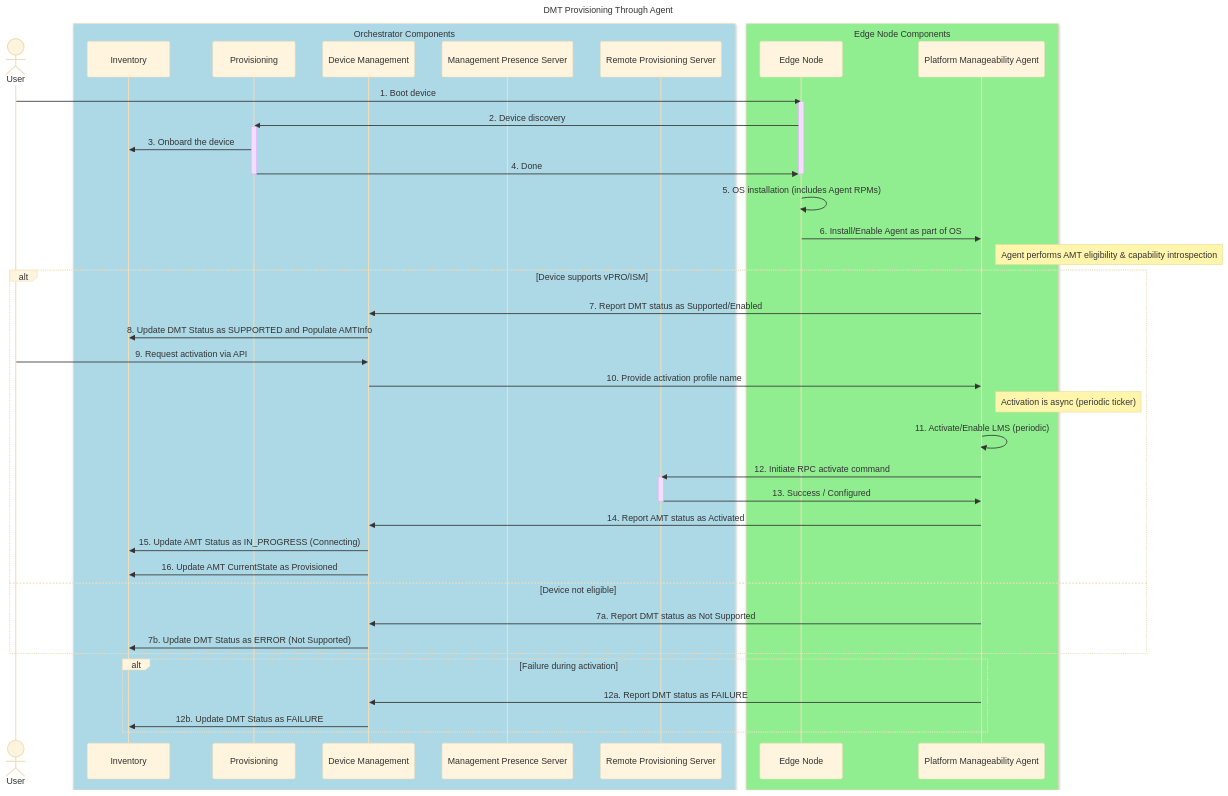
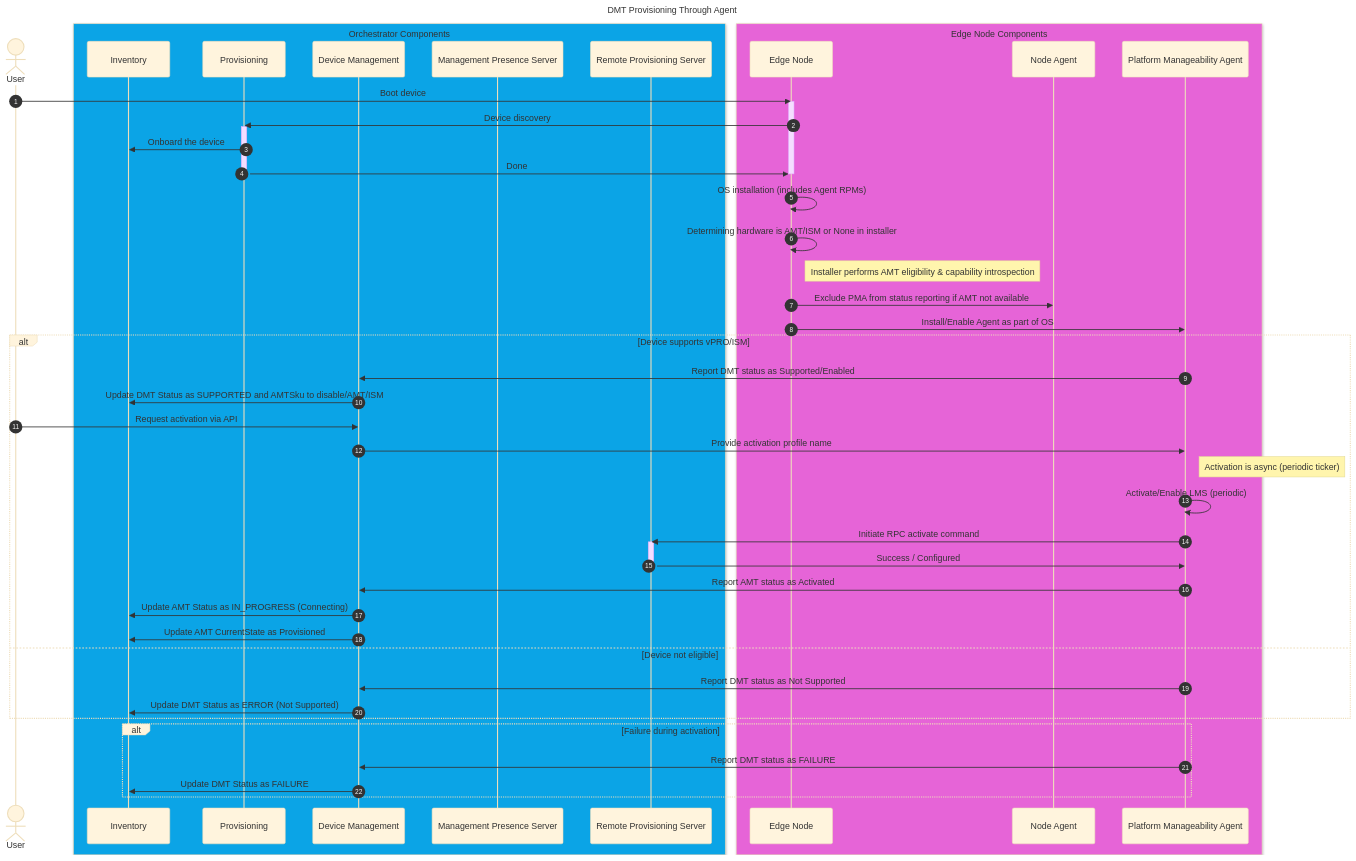
Before and after one commit to open-edge-platform/edge-manageability-framework: the diagram in design-proposals/vpro-device.md, drawn with Mermaid (base theme). The commit also changed other lines of this file, not shown here.

Commit message:
Vpro ADR update for PMA changes (#780)

````diff
--- a/design-proposals/vpro-device.md
+++ b/design-proposals/vpro-device.md
@@ -59,62 +59,67 @@
 ```mermaid
 sequenceDiagram
+    autonumber
     title DMT Provisioning Through Agent
 
     actor us as User
 
-    box rgb(173, 216, 230) Orchestrator Components
+    box rgba(11, 164, 230, 1) Orchestrator Components
         participant inv as Inventory
         participant ps as Provisioning
         participant dm as Device Management
         participant mps as Management Presence Server
         participant rps as Remote Provisioning Server
     end
 
-    box rgb(144, 238, 144) Edge Node Components
+    box rgba(230, 100, 215, 1) Edge Node Components
         participant en as Edge Node
+        participant nagent as Node Agent
         participant agent as Platform Manageability Agent
     end
 
-    us ->> en: 1. Boot device
+    us ->> en: Boot device
     activate en
-    en ->> ps: 2. Device discovery
+    en ->> ps:  Device discovery
     activate ps
-    ps ->> inv: 3. Onboard the device
-    ps ->> en: 4. Done
+    ps ->> inv:  Onboard the device
+    ps ->> en:  Done
     deactivate ps
     deactivate en
 
-    en ->> en: 5. OS installation (includes Agent RPMs)
-    en ->> agent: 6. Install/Enable Agent as part of OS
+    en ->> en:  OS installation (includes Agent RPMs)
+    en ->> en: Determining hardware is AMT/ISM or None in installer
+    Note right of en: Installer performs AMT eligibility & capability introspection
+    en ->> nagent:  Exclude PMA from status reporting if AMT not available
+    en ->> agent:  Install/Enable Agent as part of OS
 
-    Note right of agent: Agent performs AMT eligibility & capability introspection
+    
 
     alt Device supports vPRO/ISM
-        agent ->> dm: 7. Report DMT status as Supported/Enabled
-        dm ->> inv: 8. Update DMT Status as SUPPORTED and Populate AMTInfo
+        agent ->> dm:  Report DMT status as Supported/Enabled
+        dm ->> inv:  Update DMT Status as SUPPORTED and AMTSku to disable/AMT/ISM
 
-        us ->> dm: 9. Request activation via API
-        dm ->> agent: 10. Provide activation profile name
+        us ->> dm:  Request activation via API
+        dm ->> agent:  Provide activation profile name
 
         Note right of agent: Activation is async (periodic ticker)
 
-        agent ->> agent: 11. Activate/Enable LMS (periodic)
-        agent ->> rps: 12. Initiate RPC activate command
+        agent ->> agent:  Activate/Enable LMS (periodic)
+        agent ->> rps:  Initiate RPC activate command
         activate rps
-        rps ->> agent: 13. Success / Configured
+        rps ->> agent:  Success / Configured
         deactivate rps
 
-        agent ->> dm: 14. Report AMT status as Activated
-        dm ->> inv: 15. Update AMT Status as IN_PROGRESS (Connecting)
-        dm ->> inv: 16. Update AMT CurrentState as Provisioned
+        agent ->> dm:  Report AMT status as Activated
+        dm ->> inv:  Update AMT Status as IN_PROGRESS (Connecting)
+        dm ->> inv:  Update AMT CurrentState as Provisioned
 
     else Device not eligible
-        agent ->> dm: 7a. Report DMT status as Not Supported
-        dm ->> inv: 7b. Update DMT Status as ERROR (Not Supported)
+        agent ->> dm:  Report DMT status as Not Supported
+        dm ->> inv:  Update DMT Status as ERROR (Not Supported)
     end
 
     alt Failure during activation
-        agent ->> dm: 12a. Report DMT status as FAILURE
-        dm ->> inv: 12b. Update DMT Status as FAILURE
+        agent ->> dm:  Report DMT status as FAILURE
+        dm ->> inv:  Update DMT Status as FAILURE
     end
 ```
````
